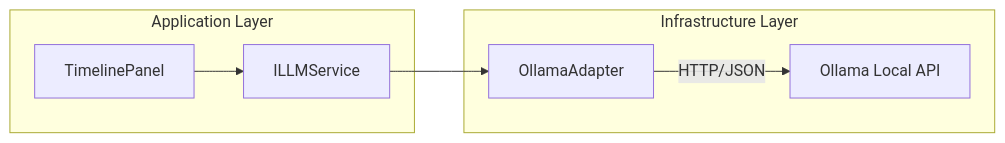
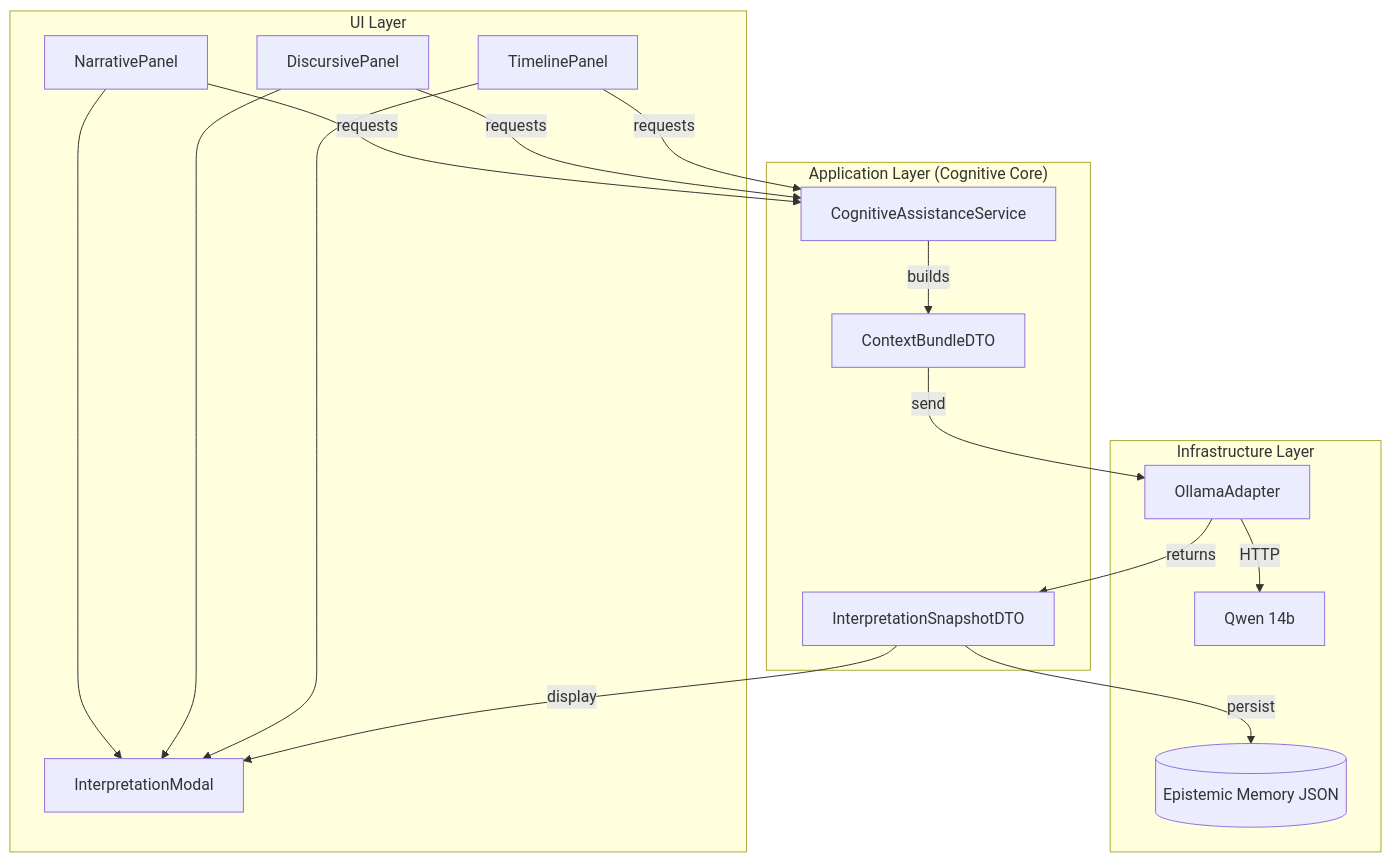
Before and after one commit to jpereiratrindade/SisterSTRATA: the diagram in docs/TECHNICAL_MANUAL_QWEN_INTEGRATION.md, drawn with Mermaid. The commit also changed other lines of this file and 1 other file, not shown here.

````diff
--- a/docs/TECHNICAL_MANUAL_QWEN_INTEGRATION.md
+++ b/docs/TECHNICAL_MANUAL_QWEN_INTEGRATION.md
@@ -9,10 +9,24 @@
 ```mermaid
-graph LR
-    subgraph "Application Layer"
-        UI[TimelinePanel] --> Port[ILLMService]
+graph TD
+    subgraph "UI Layer"
+        NP[NarrativePanel] --> Modal[InterpretationModal]
+        DP[DiscursivePanel] --> Modal
+        TP[TimelinePanel] --> Modal
+    end
+    subgraph "Application Layer (Cognitive Core)"
+        Service[CognitiveAssistanceService]
+        Bundle[ContextBundleDTO]
+        Snapshot[InterpretationSnapshotDTO]
     end
     subgraph "Infrastructure Layer"
-        Adapter[OllamaAdapter] -- HTTP/JSON --> Ollama[Ollama Local API]
-        Port --> Adapter
+        Adapter[OllamaAdapter] -- HTTP --> Ollama[Qwen 14b]
+        Memory[(Epistemic Memory JSON)]
     end
+    
+    NP & DP & TP -- requests --> Service
+    Service -- builds --> Bundle
+    Bundle -- send --> Adapter
+    Adapter -- returns --> Snapshot
+    Snapshot -- persist --> Memory
+    Snapshot -- display --> Modal
 ```
````
